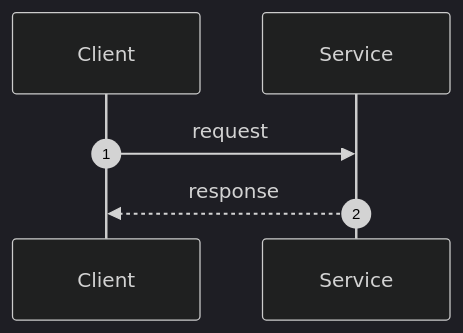
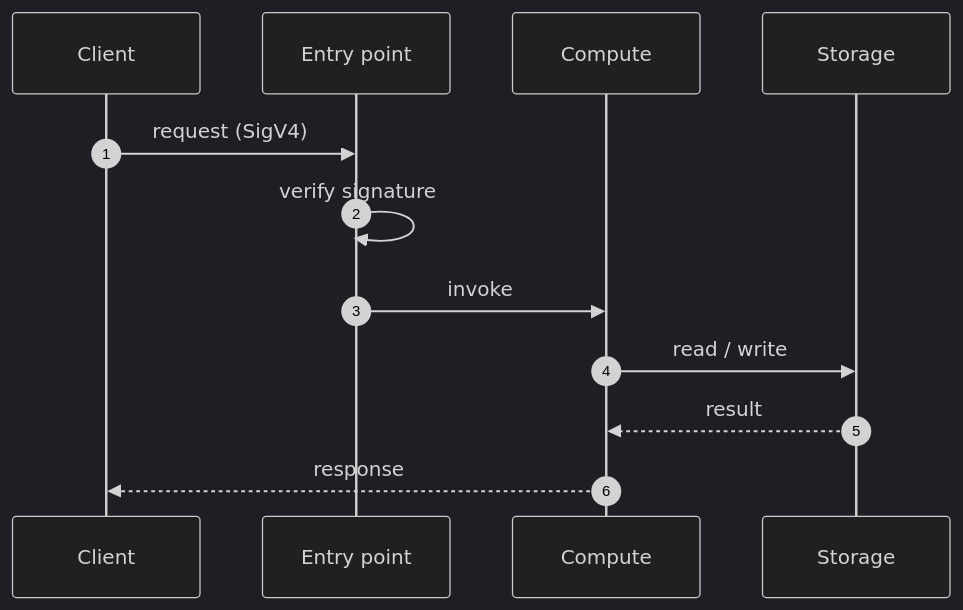
Before and after one commit to TareDevarsh/AWS-cloudformation-projects: the first of 2 diagrams in _template/docs/workflow.md, drawn with Mermaid (dark theme). The commit also changed other lines of this file and 12 other files, not shown here.

````diff
--- a/_template/docs/workflow.md
+++ b/_template/docs/workflow.md
@@ -7,8 +7,14 @@
 ```mermaid
 sequenceDiagram
     autonumber
     participant C as Client
-    participant S as Service
-    C->>S: request
-    S-->>C: response
+    participant G as Entry point
+    participant L as Compute
+    participant D as Storage
+    C->>G: request (SigV4)
+    G->>G: verify signature
+    G->>L: invoke
+    L->>D: read / write
+    D-->>L: result
+    L-->>C: response
 ```
````
